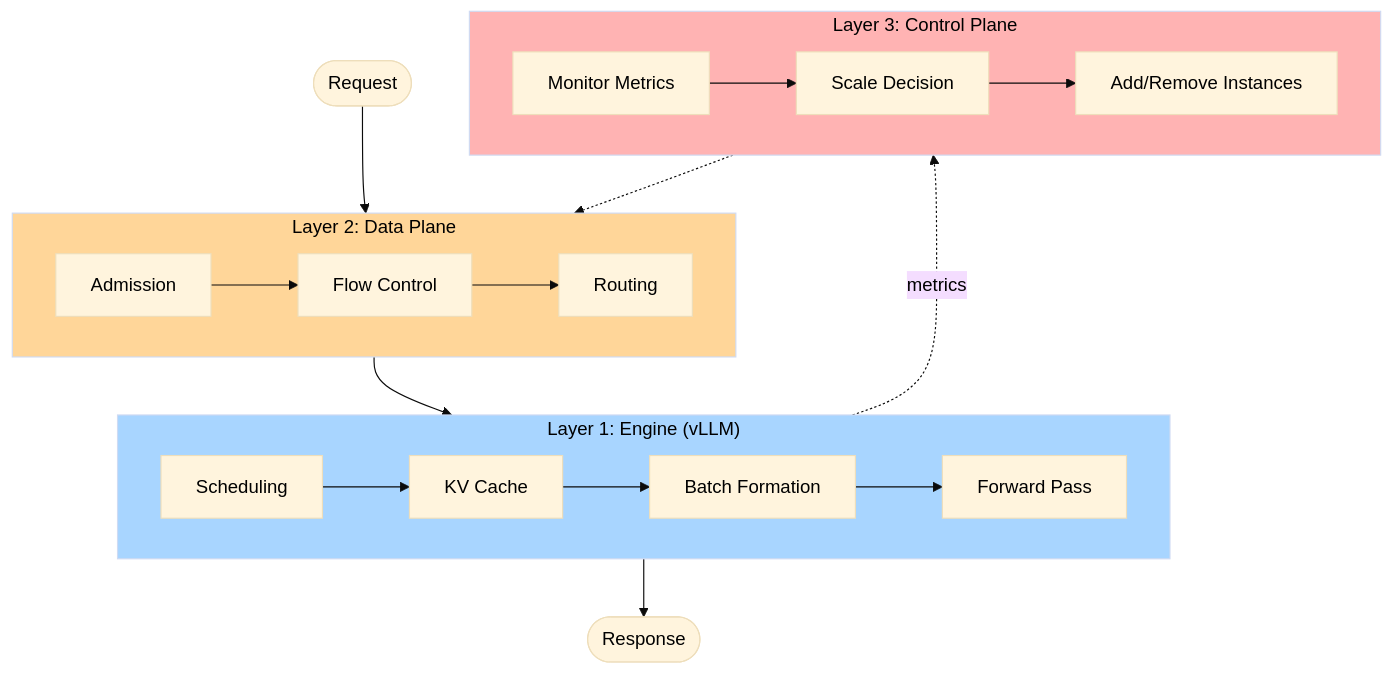
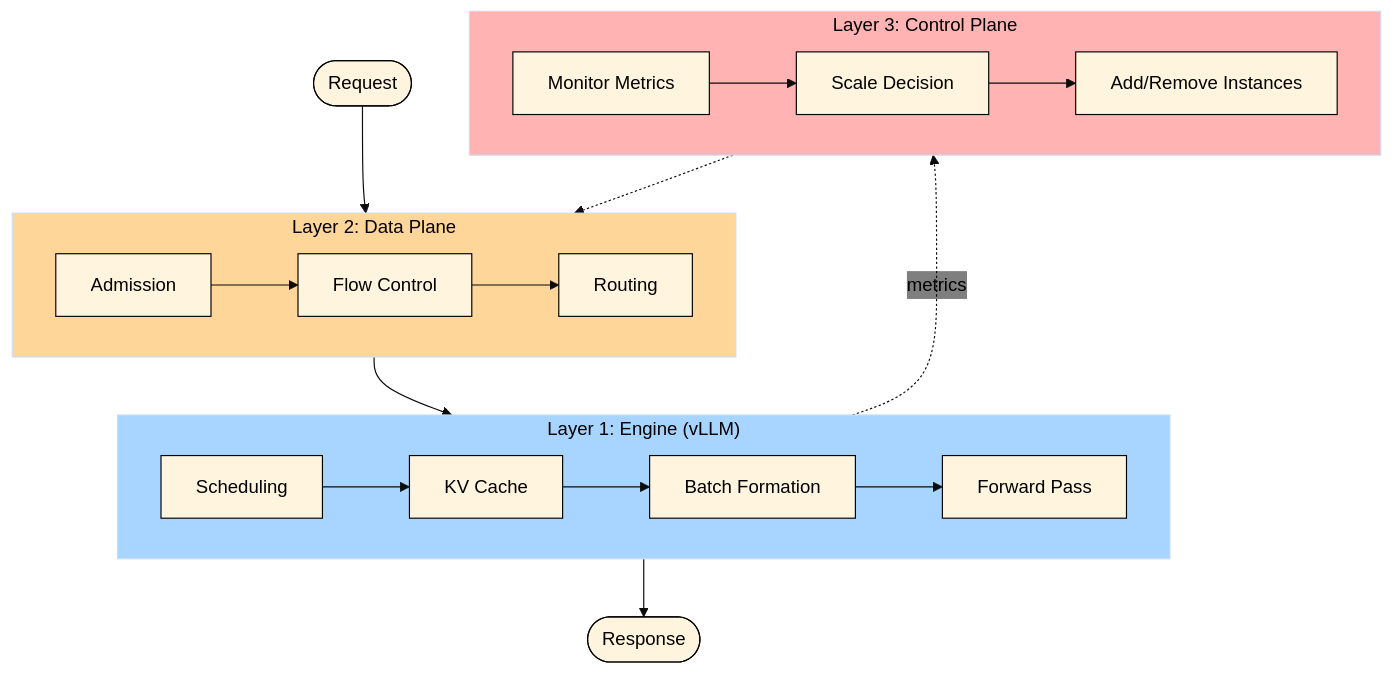
The diagram in docs/blog/posts/building-trust-physics-of-simulation.md (inference-sim/inference-sim), drawn with Mermaid before and after one commit. The commit also changed other lines of this file, not shown here.

````diff
--- a/docs/blog/posts/building-trust-physics-of-simulation.md
+++ b/docs/blog/posts/building-trust-physics-of-simulation.md
@@ -48,35 +48,35 @@
 ```mermaid
-%%{init: {'theme':'base', 'themeVariables': {'primaryTextColor':'#000','secondaryTextColor':'#000','tertiaryTextColor':'#000','textColor':'#000','labelTextColor':'#000','clusterBkg':'#a8d5ff','altBackground':'#ffd699'}}}%%
+%%{init: {'theme':'base', 'themeVariables': {'primaryTextColor':'#000','secondaryTextColor':'#000','tertiaryTextColor':'#000','textColor':'#000','labelTextColor':'#000','nodeTextColor':'#000','edgeLabelBackground':'transparent','clusterBkg':'#a8d5ff','altBackground':'#ffd699','titleColor':'#000','nodeBorder':'#000'}}}%%
 flowchart TB
     subgraph Layer1["Layer 1: Engine (vLLM)"]
         Sched[Scheduling]
         KV[KV Cache]
         Batch[Batch Formation]
         Step[Forward Pass]
         Sched --> KV --> Batch --> Step
     end
 
     subgraph Layer2["Layer 2: Data Plane"]
         Admit[Admission]
         Route[Routing]
         Flow[Flow Control]
         Admit --> Flow --> Route
     end
 
     subgraph Layer3["Layer 3: Control Plane"]
         Monitor[Monitor Metrics]
         Decide[Scale Decision]
         Actuate[Add/Remove Instances]
         Monitor --> Decide --> Actuate
     end
 
     Request([Request]) --> Layer2
     Layer2 --> Layer1
     Layer1 --> Response([Response])
     Layer3 -.-> Layer2
     Layer1 -.->|metrics| Layer3
 
     style Layer1 fill:#a8d5ff
     style Layer2 fill:#ffd699
     style Layer3 fill:#ffb3b3
 ```
````
